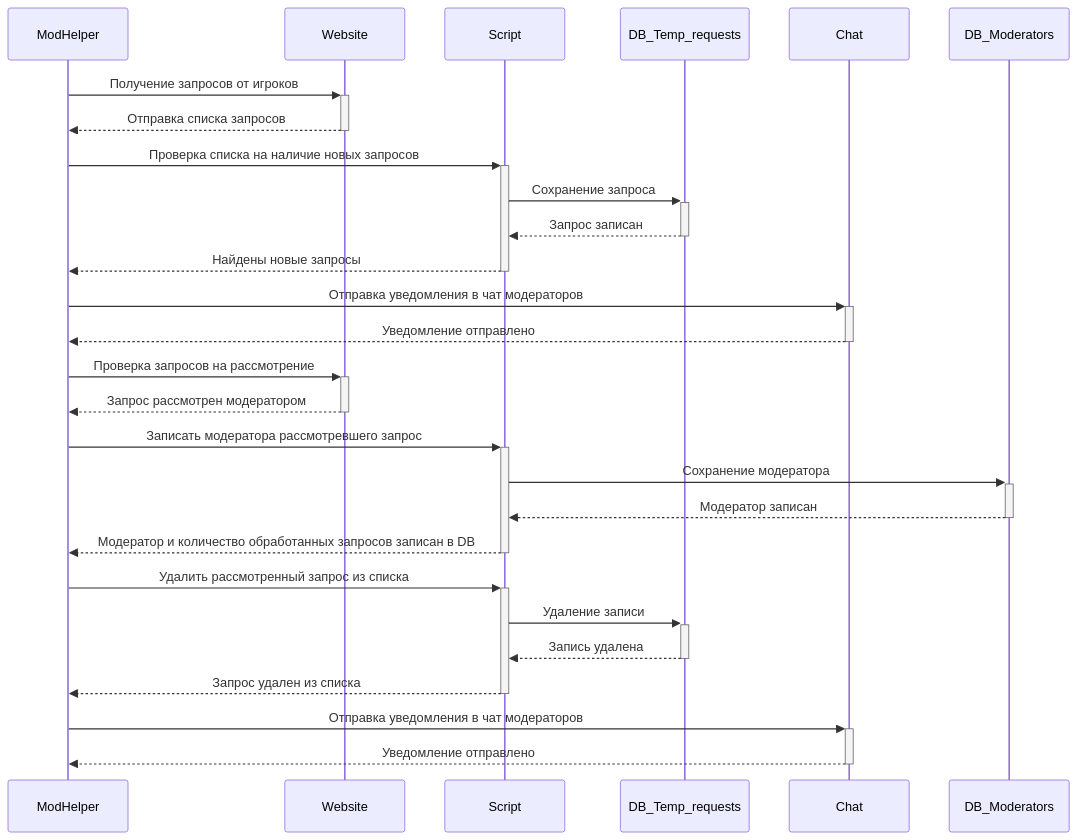
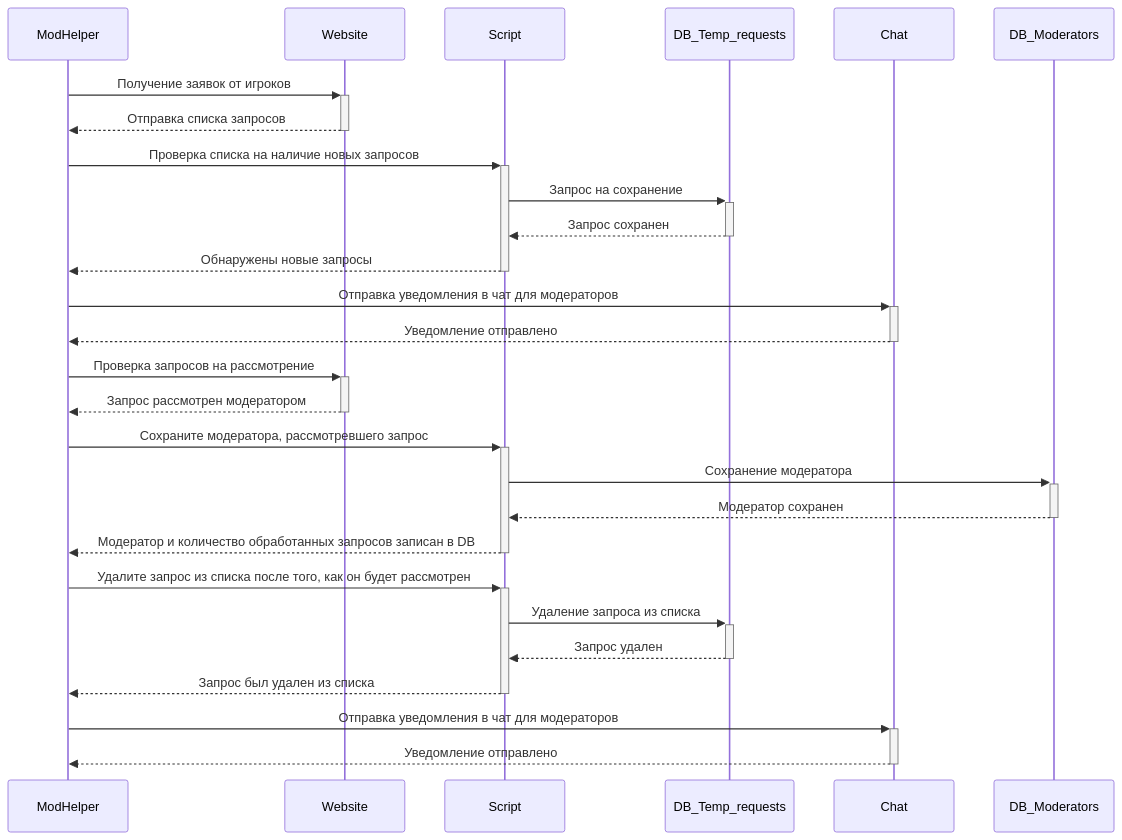
One commit to 0x715h1m070/chatbot-modhelper changed the diagram in README-ru.md. Above: the diagram before and after it, drawn with Mermaid. The commit also changed other lines of this file, not shown here.

````diff
--- a/README-ru.md
+++ b/README-ru.md
@@ -12,23 +12,23 @@
 ```mermaid
 sequenceDiagram
-    ModHelper->>+Website: Получение запросов от игроков
+    ModHelper->>+Website: Получение заявок от игроков
     Website-->>-ModHelper: Отправка списка запросов
     ModHelper->>+Script: Проверка списка на наличие новых запросов
-    Script->>+DB_Temp_requests: Сохранение запроса
-    DB_Temp_requests-->>-Script: Запрос записан
-    Script-->>-ModHelper: Найдены новые запросы
-    ModHelper->>+Chat: Отправка уведомления в чат модераторов
+    Script->>+DB_Temp_requests: Запрос на сохранение
+    DB_Temp_requests-->>-Script: Запрос сохранен
+    Script-->>-ModHelper: Обнаружены новые запросы
+    ModHelper->>+Chat: Отправка уведомления в чат для модераторов
     Chat-->>-ModHelper: Уведомление отправлено
     ModHelper->>+Website: Проверка запросов на рассмотрение
     Website-->>-ModHelper: Запрос рассмотрен модератором
-    ModHelper->>+Script: Записать модератора рассмотревшего запрос
+    ModHelper->>+Script: Сохраните модератора, рассмотревшего запрос
     Script->>+DB_Moderators: Сохранение модератора
-    DB_Moderators-->>-Script: Модератор записан
+    DB_Moderators-->>-Script: Модератор сохранен
     Script-->>-ModHelper: Модератор и количество обработанных запросов записан в DB 
-    ModHelper->>+Script: Удалить рассмотренный запрос из списка
-    Script->>+DB_Temp_requests: Удаление записи
-    DB_Temp_requests-->>-Script: Запись удалена
-    Script-->>-ModHelper: Запрос удален из списка
-    ModHelper->>+Chat: Отправка уведомления в чат модераторов
+    ModHelper->>+Script: Удалите запрос из списка после того, как он будет рассмотрен
+    Script->>+DB_Temp_requests: Удаление запроса из списка
+    DB_Temp_requests-->>-Script: Запрос удален
+    Script-->>-ModHelper: Запрос был удален из списка
+    ModHelper->>+Chat: Отправка уведомления в чат для модераторов
     Chat-->>-ModHelper: Уведомление отправлено
 ```
````
